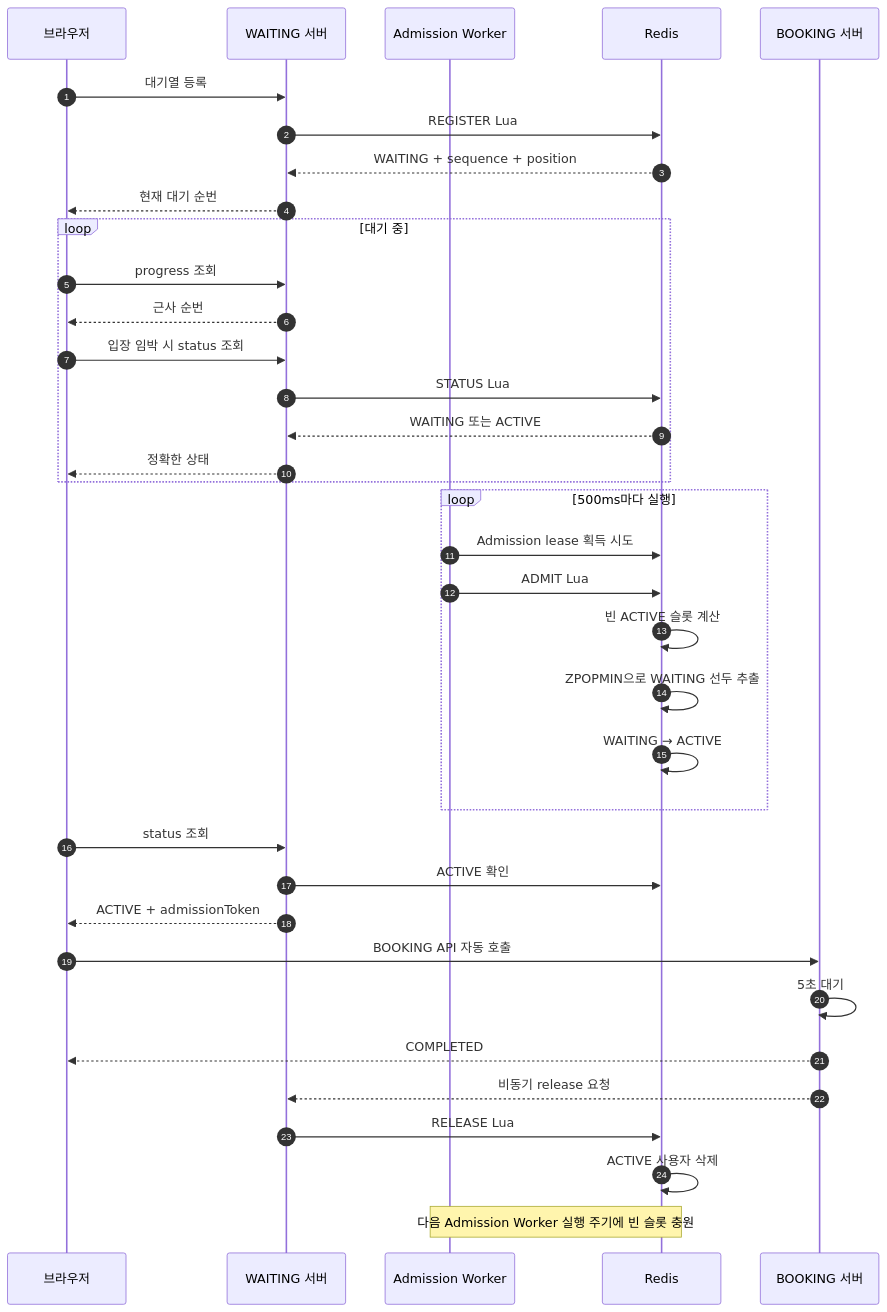
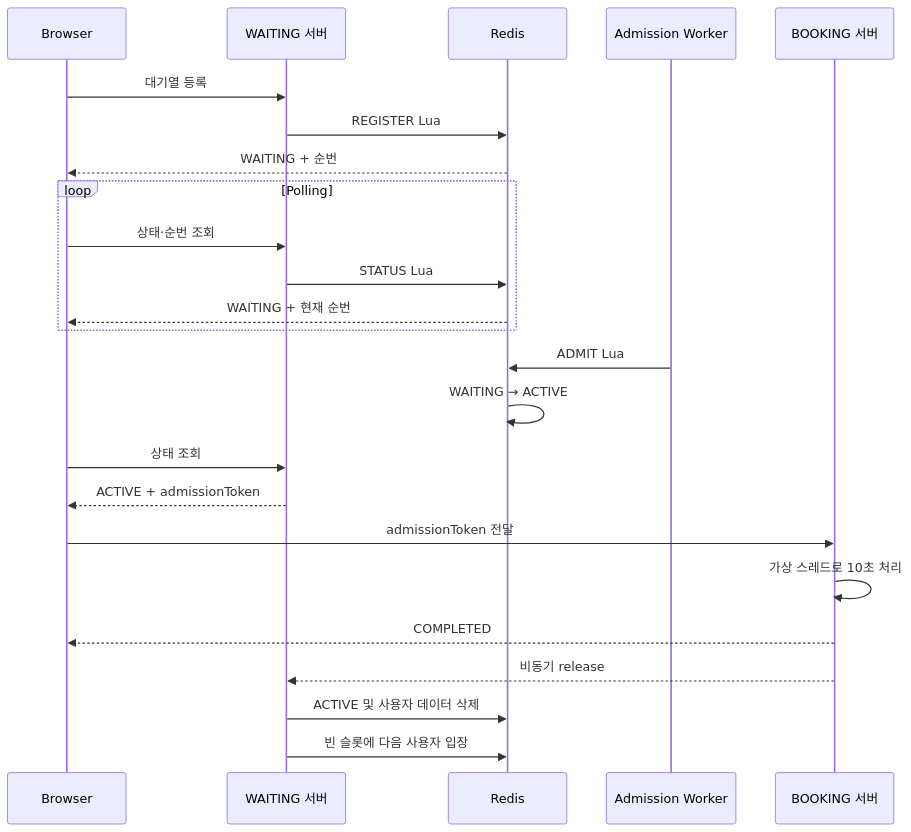
Before and after one commit to ssjjaa-algo/study_record: the diagram in system-architecture/queue/README.md, drawn with Mermaid. The commit also changed other lines of this file and 47 other files, not shown here.

````diff
--- a/system-architecture/queue/README.md
+++ b/system-architecture/queue/README.md
@@ -9,46 +3,32 @@
 ```mermaid
 sequenceDiagram
-    autonumber
-    participant Browser as 브라우저
+    participant Browser
     participant Waiting as WAITING 서버
+    participant Redis
     participant Worker as Admission Worker
-    participant Redis
     participant Booking as BOOKING 서버
 
     Browser->>Waiting: 대기열 등록
     Waiting->>Redis: REGISTER Lua
-    Redis-->>Waiting: WAITING + sequence + position
-    Waiting-->>Browser: 현재 대기 순번
+    Redis-->>Browser: WAITING + 순번
 
-    loop 대기 중
-        Browser->>Waiting: progress 조회
-        Waiting-->>Browser: 근사 순번
-
-        Browser->>Waiting: 입장 임박 시 status 조회
+    loop Polling
+        Browser->>Waiting: 상태·순번 조회
         Waiting->>Redis: STATUS Lua
-        Redis-->>Waiting: WAITING 또는 ACTIVE
-        Waiting-->>Browser: 정확한 상태
+        Redis-->>Browser: WAITING + 현재 순번
     end
 
-    loop 500ms마다 실행
-        Worker->>Redis: Admission lease 획득 시도
-        Worker->>Redis: ADMIT Lua
-        Redis->>Redis: 빈 ACTIVE 슬롯 계산
-        Redis->>Redis: ZPOPMIN으로 WAITING 선두 추출
-        Redis->>Redis: WAITING → ACTIVE
-    end
+    Worker->>Redis: ADMIT Lua
+    Redis->>Redis: WAITING → ACTIVE
 
-    Browser->>Waiting: status 조회
-    Waiting->>Redis: ACTIVE 확인
+    Browser->>Waiting: 상태 조회
     Waiting-->>Browser: ACTIVE + admissionToken
 
-    Browser->>Booking: BOOKING API 자동 호출
-    Booking->>Booking: 5초 대기
+    Browser->>Booking: admissionToken 전달
+    Booking->>Booking: 가상 스레드로 10초 처리
     Booking-->>Browser: COMPLETED
 
-    Booking-->>Waiting: 비동기 release 요청
-    Waiting->>Redis: RELEASE Lua
-    Redis->>Redis: ACTIVE 사용자 삭제
-
-    Note over Worker,Redis: 다음 Admission Worker 실행 주기에 빈 슬롯 충원
+    Booking-->>Waiting: 비동기 release
+    Waiting->>Redis: ACTIVE 및 사용자 데이터 삭제
+    Waiting->>Redis: 빈 슬롯에 다음 사용자 입장
 ```
````
